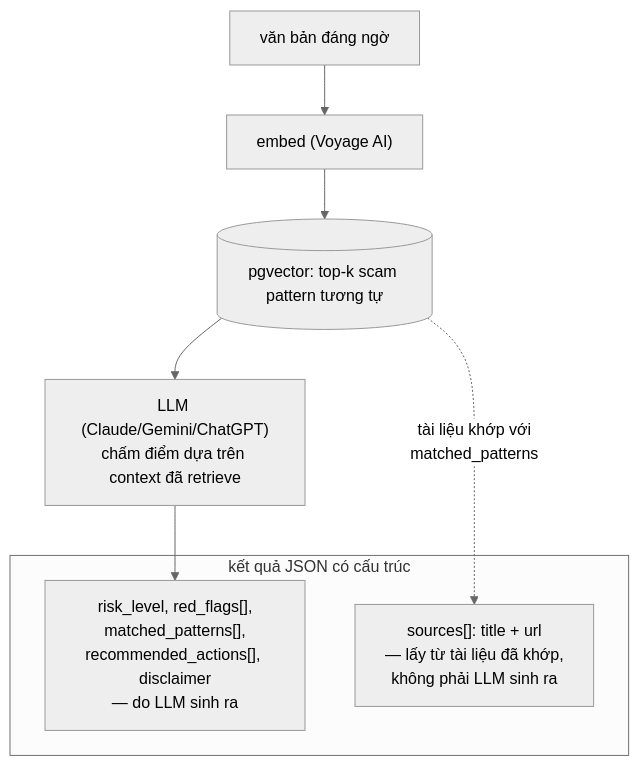
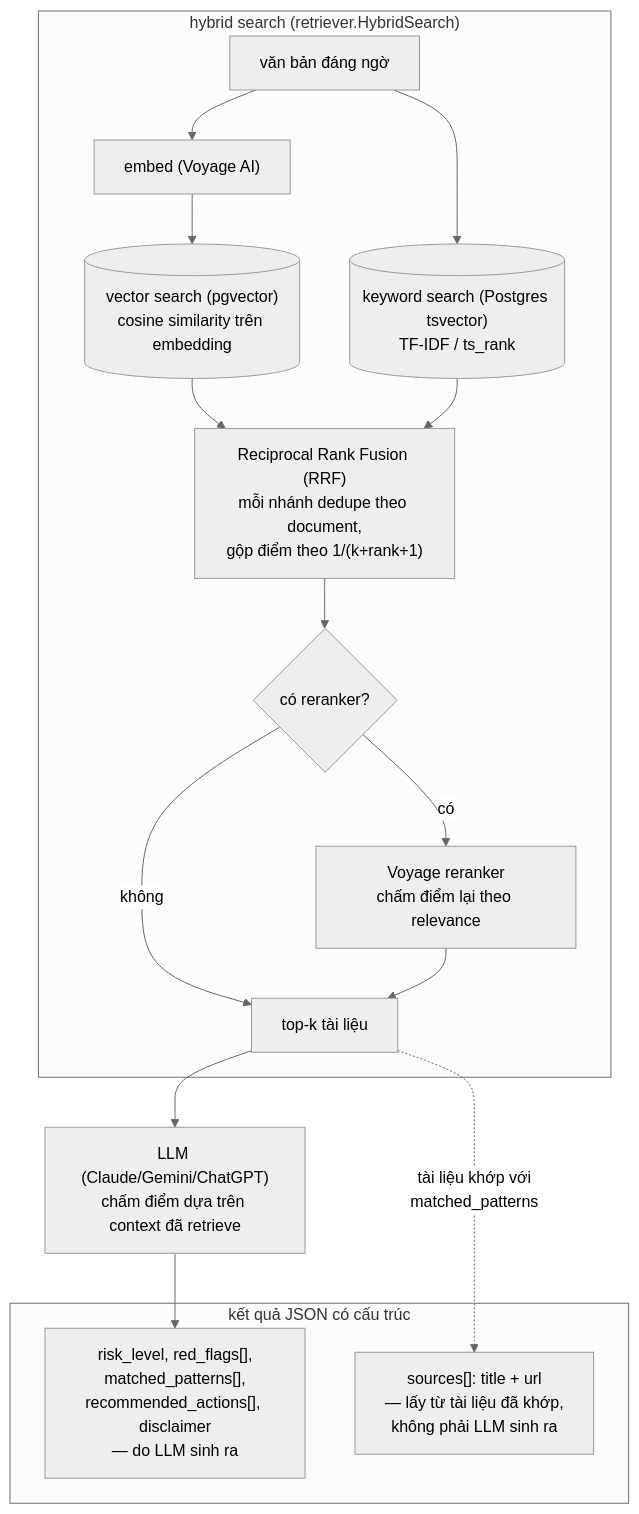
One commit to chamlai-vn/chamlai-vn-backend changed the first of 2 diagrams in README.md. Above: the diagram before and after it, drawn with Mermaid (neutral theme). The commit also changed 1 other file, not shown here.

Commit message:
docs(readme): show hybrid retrieval mechanics in the diagram
Expand the pgvector node into the actual retriever.HybridSearch steps
— vector search + keyword (tsvector/TF-IDF) search fused with RRF,
then optionally reranked — instead of hiding the fusion behind a
single "top-k" box.

````diff
--- a/README.md
+++ b/README.md
@@ -26,14 +26,25 @@
 ```mermaid
 flowchart TD
     A["văn bản đáng ngờ"] --> B["embed (Voyage AI)"]
-    B --> C[("pgvector: top-k scam pattern tương tự")]
-    C --> D["LLM (Claude/Gemini/ChatGPT)<br/>chấm điểm dựa trên context đã retrieve"]
+
+    subgraph RETRIEVE["hybrid search (retriever.HybridSearch)"]
+        B --> V[("vector search (pgvector)<br/>cosine similarity trên embedding")]
+        A --> K[("keyword search (Postgres tsvector)<br/>TF-IDF / ts_rank")]
+        V --> RRF["Reciprocal Rank Fusion (RRF)<br/>mỗi nhánh dedupe theo document,<br/>gộp điểm theo 1/(k+rank+1)"]
+        K --> RRF
+        RRF --> RERANK{"có reranker?"}
+        RERANK -->|"có"| RR["Voyage reranker<br/>chấm điểm lại theo relevance"]
+        RERANK -->|"không"| TOPK["top-k tài liệu"]
+        RR --> TOPK
+    end
+
+    TOPK --> D["LLM (Claude/Gemini/ChatGPT)<br/>chấm điểm dựa trên context đã retrieve"]
 
     subgraph RESULT["kết quả JSON có cấu trúc"]
         E["risk_level, red_flags[],<br/>matched_patterns[],<br/>recommended_actions[], disclaimer<br/>— do LLM sinh ra"]
         F["sources[]: title + url<br/>— lấy từ tài liệu đã khớp,<br/>không phải LLM sinh ra"]
     end
 
     D --> E
-    C -.->|"tài liệu khớp với<br/>matched_patterns"| F
+    TOPK -.->|"tài liệu khớp với<br/>matched_patterns"| F
 ```
````
